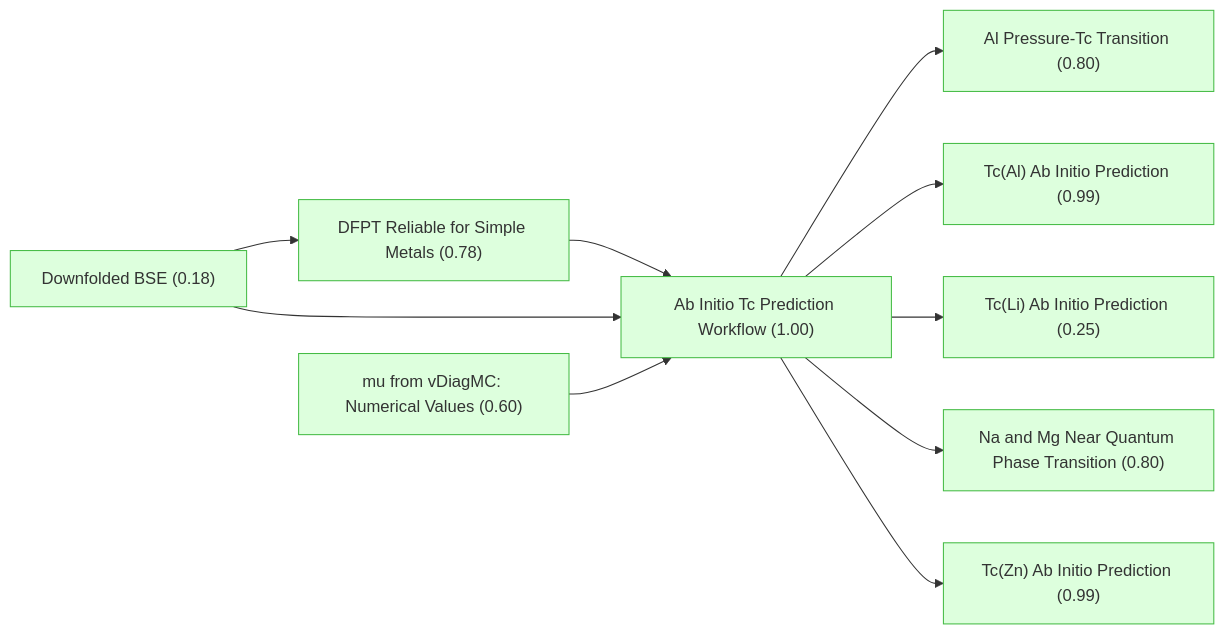
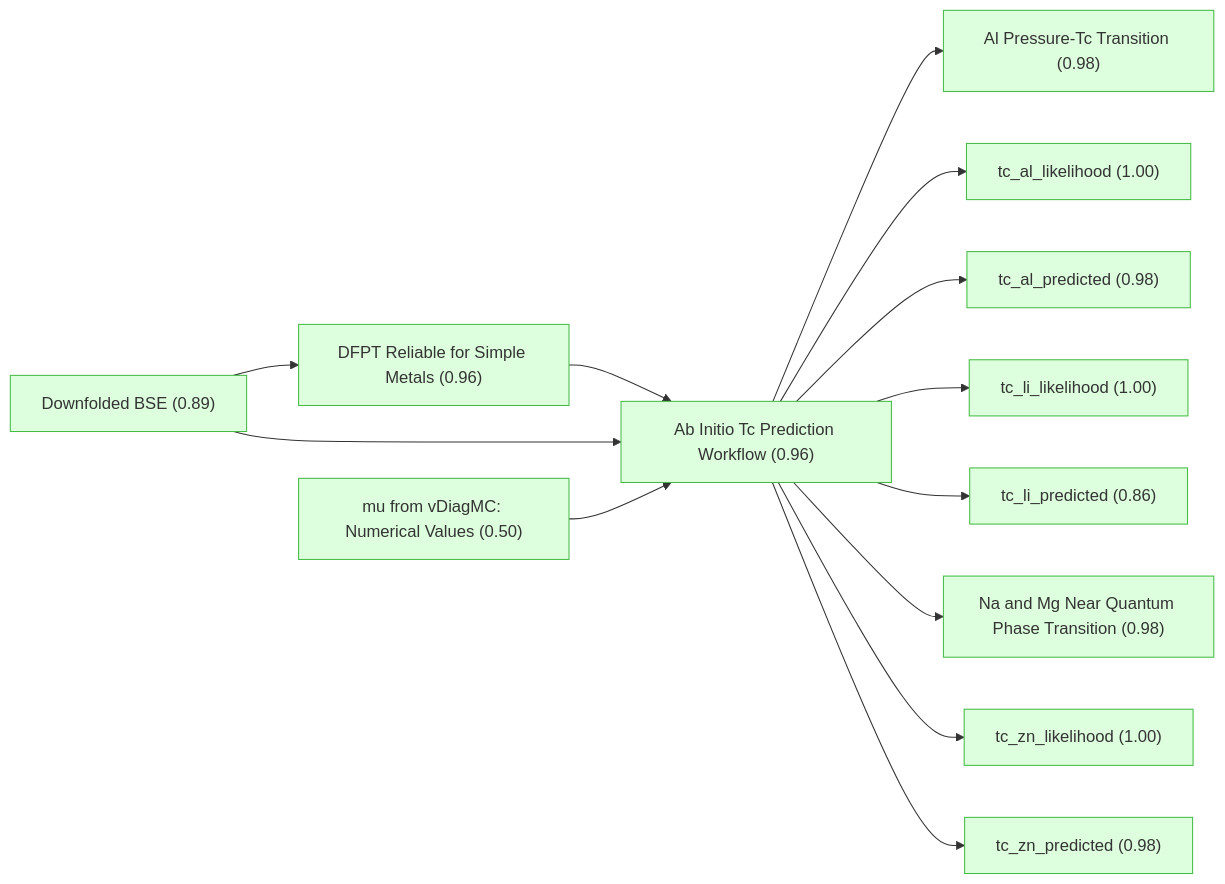
Before and after one commit to kunyuan/SuperconductivityElectronLiquids.gaia: the first of 6 diagrams in docs/detailed-reasoning.md, drawn with Mermaid. The commit also changed other lines of this file and 46 other files, not shown here.

````diff
--- a/docs/detailed-reasoning.md
+++ b/docs/detailed-reasoning.md
@@ -7,31 +7,37 @@
 ```mermaid
 graph LR
-    downfolded_bse["Downfolded BSE (0.18)"]:::derived
-    mu_vdiagmc_values["mu from vDiagMC: Numerical Values (0.60)"]:::derived
-    dfpt_reliable_for_simple_metals["DFPT Reliable for Simple Metals (0.78)"]:::derived
-    ab_initio_workflow["Ab Initio Tc Prediction Workflow (1.00)"]:::derived
-    tc_al_predicted["Tc(Al) Ab Initio Prediction (0.99)"]:::derived
-    tc_zn_predicted["Tc(Zn) Ab Initio Prediction (0.99)"]:::derived
-    tc_li_predicted["Tc(Li) Ab Initio Prediction (0.25)"]:::derived
-    al_pressure_transition["Al Pressure-Tc Transition (0.80)"]:::derived
-    tc_mg_na_near_qpt["Na and Mg Near Quantum Phase Transition (0.80)"]:::derived
+    downfolded_bse["Downfolded BSE (0.89)"]:::derived
+    mu_vdiagmc_values["mu from vDiagMC: Numerical Values (0.50)"]:::derived
+    dfpt_reliable_for_simple_metals["DFPT Reliable for Simple Metals (0.96)"]:::derived
+    ab_initio_workflow["Ab Initio Tc Prediction Workflow (0.96)"]:::derived
+    al_pressure_transition["Al Pressure-Tc Transition (0.98)"]:::derived
+    tc_mg_na_near_qpt["Na and Mg Near Quantum Phase Transition (0.98)"]:::derived
+    tc_al_predicted["tc_al_predicted (0.98)"]:::derived
+    tc_al_likelihood["tc_al_likelihood (1.00)"]:::derived
+    tc_zn_predicted["tc_zn_predicted (0.98)"]:::derived
+    tc_zn_likelihood["tc_zn_likelihood (1.00)"]:::derived
+    tc_li_predicted["tc_li_predicted (0.86)"]:::derived
+    tc_li_likelihood["tc_li_likelihood (1.00)"]:::derived
     ab_initio_workflow --> al_pressure_transition
+    ab_initio_workflow --> tc_al_likelihood
     ab_initio_workflow --> tc_al_predicted
+    ab_initio_workflow --> tc_li_likelihood
     ab_initio_workflow --> tc_li_predicted
     ab_initio_workflow --> tc_mg_na_near_qpt
+    ab_initio_workflow --> tc_zn_likelihood
     ab_initio_workflow --> tc_zn_predicted
     dfpt_reliable_for_simple_metals --> ab_initio_workflow
     downfolded_bse --> ab_initio_workflow
     downfolded_bse --> dfpt_reliable_for_simple_metals
     mu_vdiagmc_values --> ab_initio_workflow
 
-    classDef setting fill:#f0f0f0,stroke:#999,color:#333
+    classDef note fill:#f0f0f0,stroke:#999,color:#333
     classDef premise fill:#ddeeff,stroke:#4488bb,color:#333
     classDef derived fill:#ddffdd,stroke:#44bb44,color:#333
     classDef question fill:#fff3dd,stroke:#cc9944,color:#333
     classDef background fill:#f5f5f5,stroke:#bbb,stroke-dasharray: 5 5,color:#333
     classDef orphan fill:#fff,stroke:#ccc,stroke-dasharray: 5 5,color:#333
     classDef external fill:#fff,stroke:#aaa,stroke-dasharray: 3 3,color:#333
     classDef weak fill:#fff9c4,stroke:#f9a825,stroke-dasharray: 5 5,color:#333
     classDef contra fill:#ffebee,stroke:#c62828,color:#333
 ```
````
